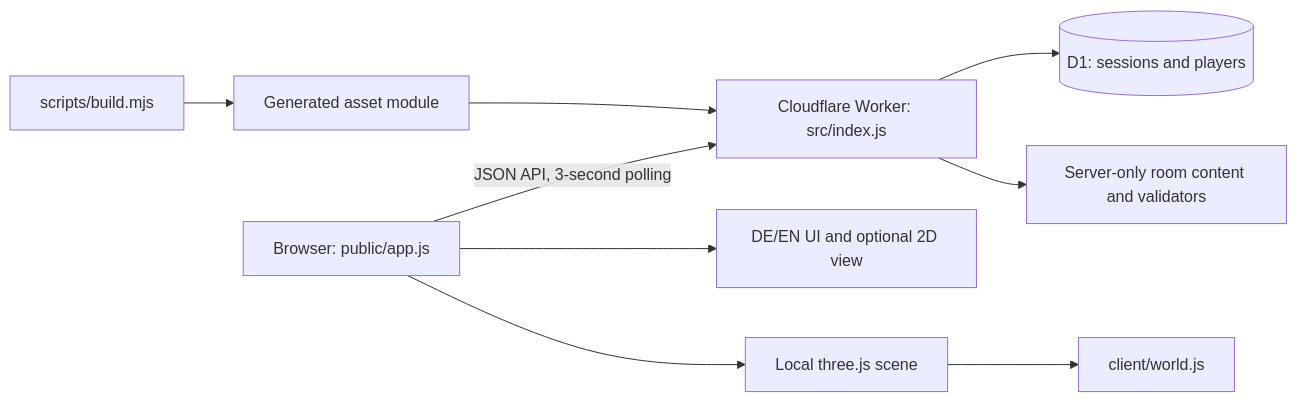
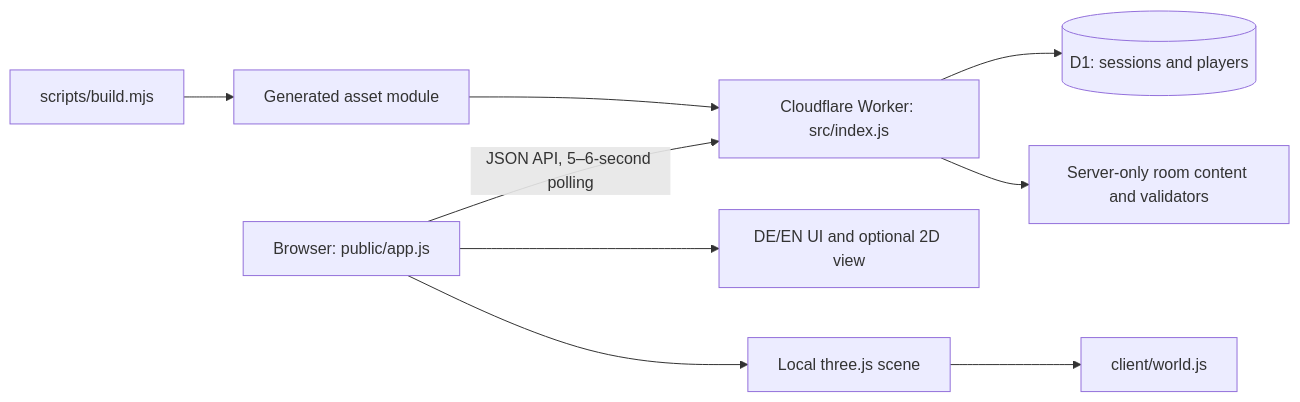
Before and after one commit to riesenberg-byte/aiescape: the first of 2 diagrams in docs/architecture.md, drawn with Mermaid. The commit also changed other lines of this file and 21 other files, not shown here.

````diff
--- a/docs/architecture.md
+++ b/docs/architecture.md
@@ -7,11 +7,11 @@
 ```mermaid
 flowchart LR
-    Browser[Browser: public/app.js] -->|JSON API, 3-second polling| Worker[Cloudflare Worker: src/index.js]
+    Browser[Browser: public/app.js] -->|JSON API, 5–6-second polling| Worker[Cloudflare Worker: src/index.js]
     Worker --> DB[(D1: sessions and players)]
     Worker --> Rooms[Server-only room content and validators]
     Browser --> UI[DE/EN UI and optional 2D view]
     Browser --> Scene[Local three.js scene]
     Scene --> Collisions[client/world.js]
     Build[scripts/build.mjs] --> Bundle[Generated asset module]
     Bundle --> Worker
 ```
````
